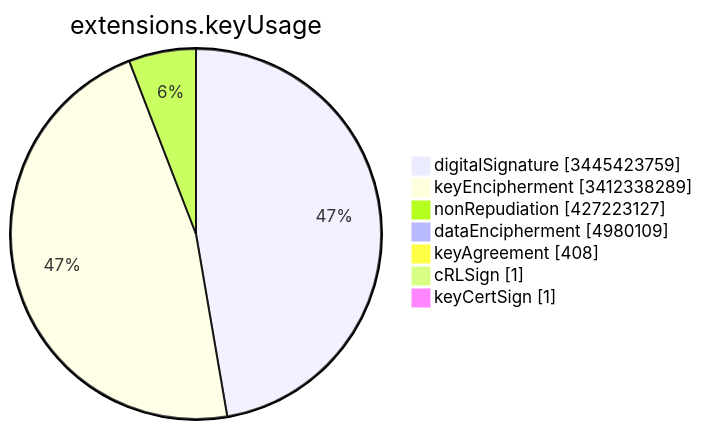
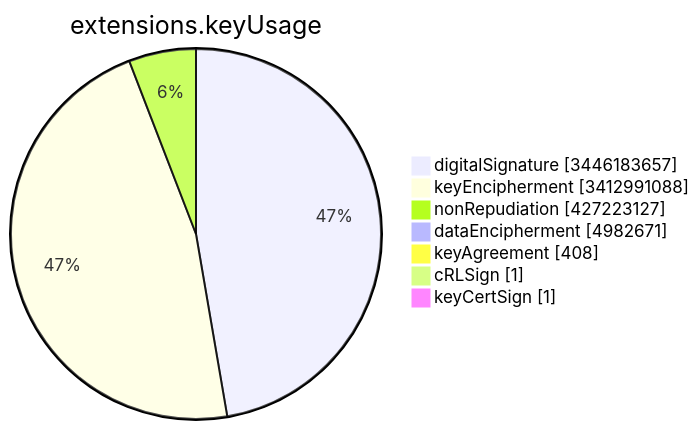
Before and after one commit to christiankrug/ctmonitor_visualization: the sixth of 15 diagrams in TOTAL/README.md, drawn with Mermaid. The commit also changed other lines of this file, not shown here.

````diff
--- a/TOTAL/README.md
+++ b/TOTAL/README.md
@@ -3082,11 +3082,11 @@
 ```mermaid
 pie showData
 title extensions.keyUsage
-"digitalSignature" :3445423759
-"keyEncipherment" :3412338289
+"digitalSignature" :3446183657
+"keyEncipherment" :3412991088
 "nonRepudiation" :427223127
-"dataEncipherment" :4980109
+"dataEncipherment" :4982671
 "keyAgreement" :408
 "cRLSign" :1
 "keyCertSign" :1
 ```
````
